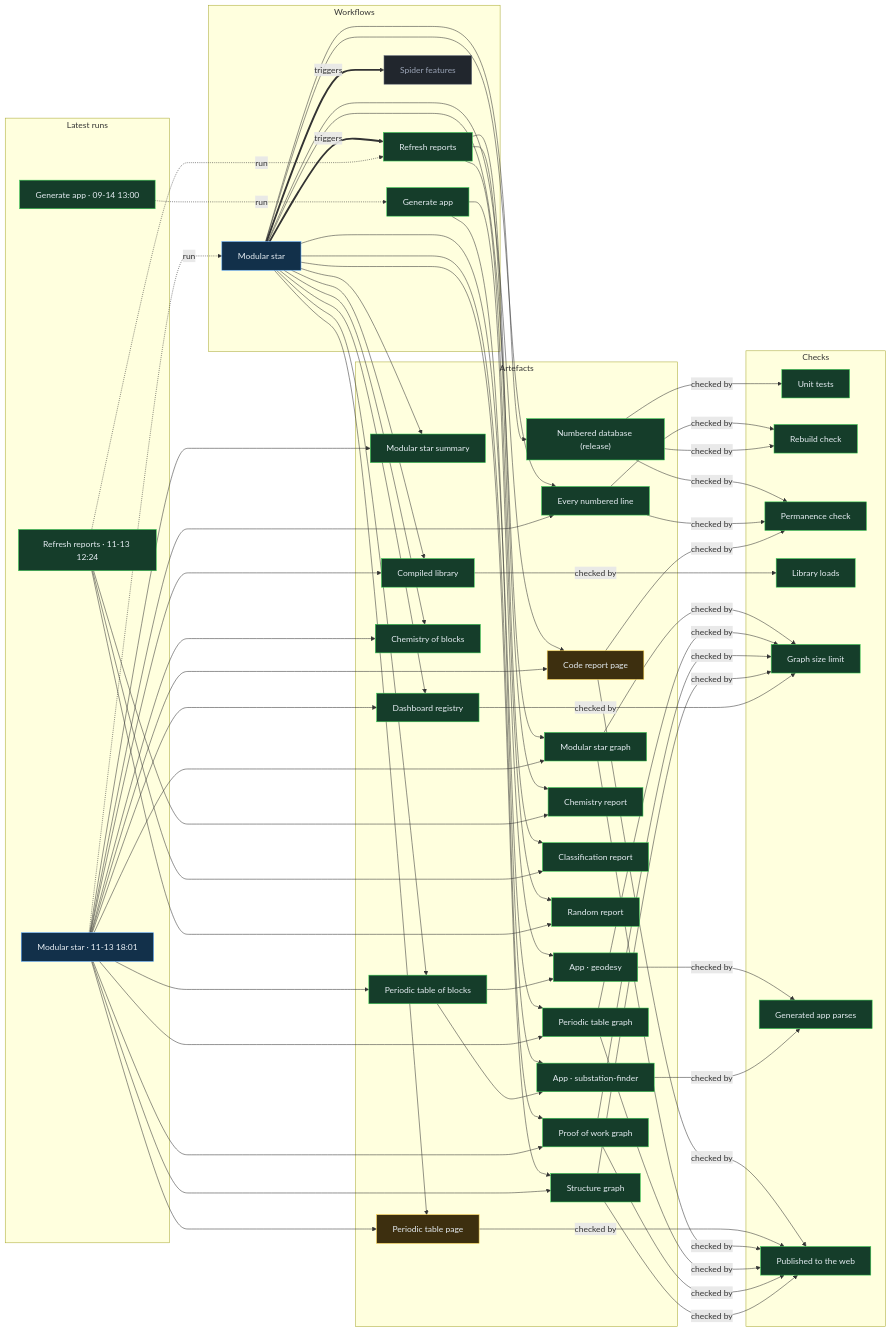
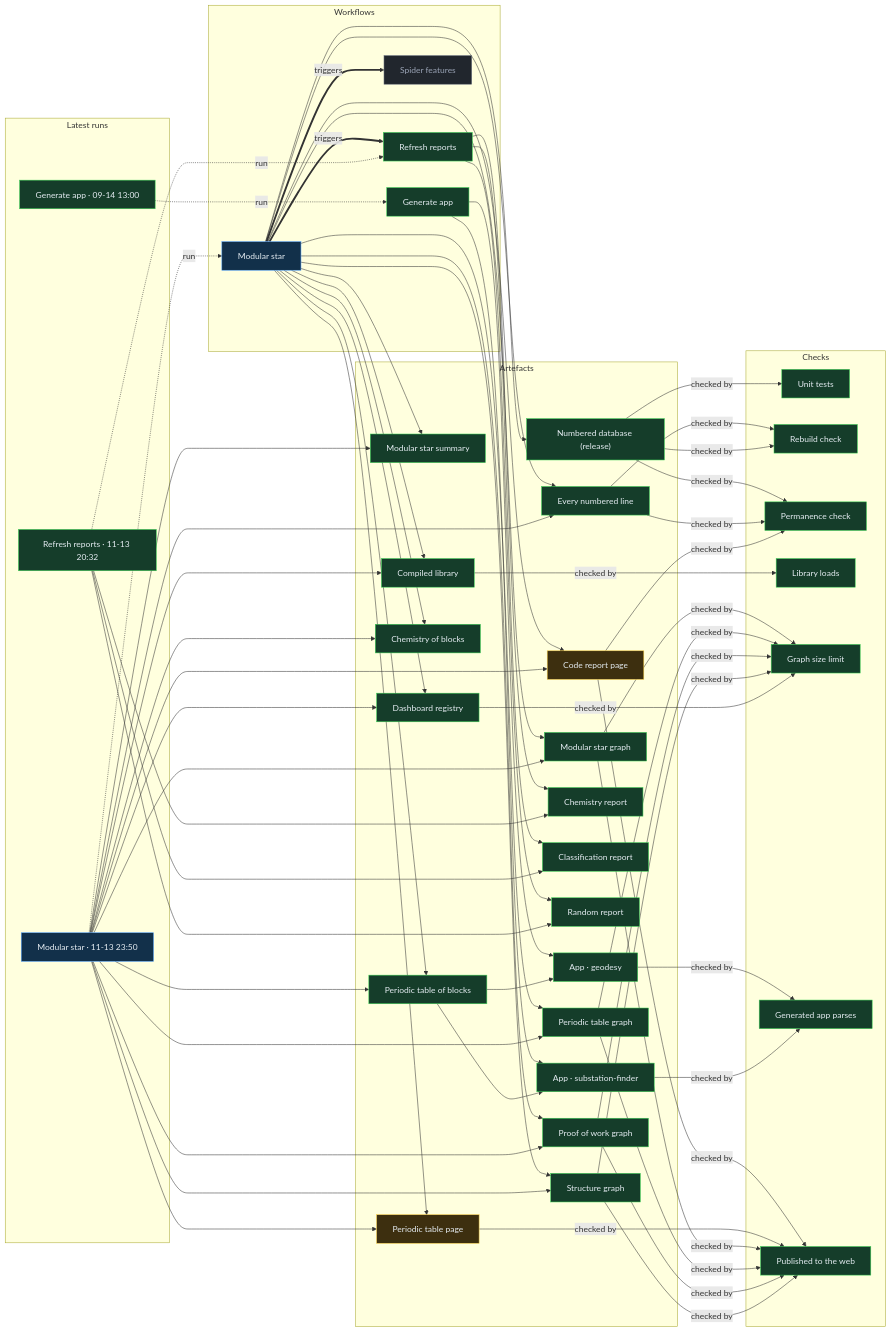
Before and after one commit to Ventusltd/stars: the diagram in proof/PROOF.md, drawn with Mermaid. The commit also changed other lines of this file and 57 other files, not shown here.

Commit message:
Modular star 2026-11-13T23:52Z

```diff
--- a/proof/PROOF.md
+++ b/proof/PROOF.md
@@ -24,8 +24,8 @@
   n_wf_spider_features["Spider features"]:::off
   end
   subgraph g_runs["Latest runs"]
-  n_run_43478456043["Modular star · 11-13 18:01"]:::live
-  n_run_43424843446["Refresh reports · 11-13 12:24"]:::ok
+  n_run_43530042565["Modular star · 11-13 23:50"]:::live
+  n_run_43502505208["Refresh reports · 11-13 20:32"]:::ok
   n_run_34846587798["Generate app · 09-14 13:00"]:::ok
   end
   subgraph g_artefacts["Artefacts"]
@@ -59,39 +59,39 @@
   end
   n_wf_modular_star == triggers ==> n_wf_refresh
   n_wf_modular_star == triggers ==> n_wf_spider_features
-  n_run_43478456043 -. run .-> n_wf_modular_star
-  n_run_43424843446 -. run .-> n_wf_refresh
+  n_run_43530042565 -. run .-> n_wf_modular_star
+  n_run_43502505208 -. run .-> n_wf_refresh
   n_run_34846587798 -. run .-> n_wf_generate
   n_wf_modular_star --> n_art_summary
-  n_run_43478456043 --> n_art_summary
+  n_run_43530042565 --> n_art_summary
   n_wf_modular_star --> n_art_lines
-  n_run_43478456043 --> n_art_lines
+  n_run_43530042565 --> n_art_lines
   n_wf_modular_star --> n_art_code
-  n_run_43478456043 --> n_art_code
+  n_run_43530042565 --> n_art_code
   n_wf_modular_star --> n_art_modular_graph
-  n_run_43478456043 --> n_art_modular_graph
+  n_run_43530042565 --> n_art_modular_graph
   n_wf_modular_star --> n_art_blocks
-  n_run_43478456043 --> n_art_blocks
+  n_run_43530042565 --> n_art_blocks
   n_wf_modular_star --> n_art_table
-  n_run_43478456043 --> n_art_table
+  n_run_43530042565 --> n_art_table
   n_wf_modular_star --> n_art_blocks_graph
-  n_run_43478456043 --> n_art_blocks_graph
+  n_run_43530042565 --> n_art_blocks_graph
   n_wf_modular_star --> n_art_reactions
-  n_run_43478456043 --> n_art_reactions
+  n_run_43530042565 --> n_art_reactions
   n_wf_modular_star --> n_art_library
-  n_run_43478456043 --> n_art_library
+  n_run_43530042565 --> n_art_library
   n_wf_modular_star --> n_art_features
-  n_run_43478456043 --> n_art_features
+  n_run_43530042565 --> n_art_features
   n_wf_modular_star --> n_art_proof
-  n_run_43478456043 --> n_art_proof
+  n_run_43530042565 --> n_art_proof
   n_wf_modular_star --> n_art_structure
-  n_run_43478456043 --> n_art_structure
+  n_run_43530042565 --> n_art_structure
   n_wf_refresh --> n_art_chemistry
-  n_run_43424843446 --> n_art_chemistry
+  n_run_43502505208 --> n_art_chemistry
   n_wf_refresh --> n_art_vedic
-  n_run_43424843446 --> n_art_vedic
+  n_run_43502505208 --> n_art_vedic
   n_wf_refresh --> n_art_random
-  n_run_43424843446 --> n_art_random
+  n_run_43502505208 --> n_art_random
   n_wf_modular_star --> n_art_release
   n_wf_generate --> n_app_geodesy
   n_art_blocks --> n_app_geodesy
```
